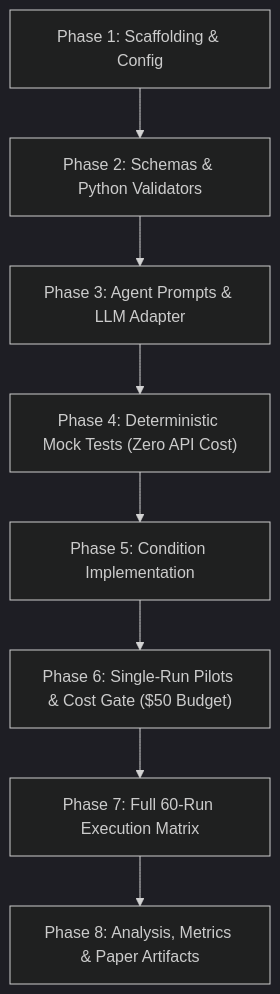
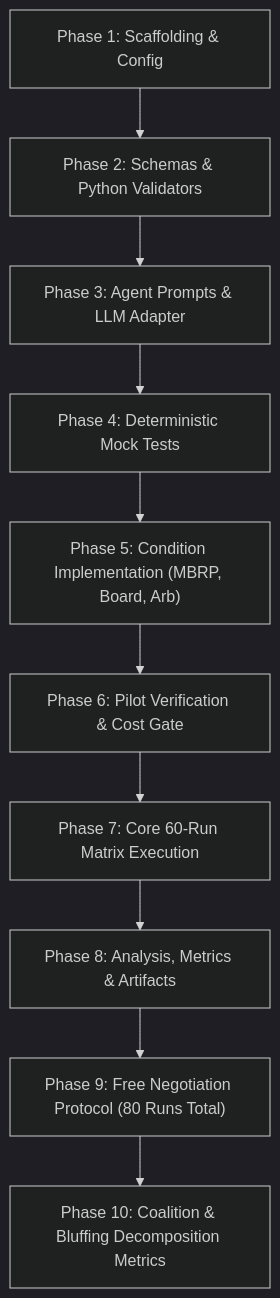
Before and after one commit to TigerGahalaut/multi-agent-conflicting-goals: the diagram in IMPLEMENTATION_PLAN.md, drawn with Mermaid (dark theme). The commit also changed other lines of this file and 37 other files, not shown here.

Commit message:
docs: updated IMPLEMENTATION_PLAN.md with Free Negotiation, 80-run scope, and coalition metrics

````diff
--- a/IMPLEMENTATION_PLAN.md
+++ b/IMPLEMENTATION_PLAN.md
@@ -239,10 +180,12 @@
 ```mermaid
 flowchart TD
     P1["Phase 1: Scaffolding & Config"] --> P2["Phase 2: Schemas & Python Validators"]
     P2 --> P3["Phase 3: Agent Prompts & LLM Adapter"]
-    P3 --> P4["Phase 4: Deterministic Mock Tests (Zero API Cost)"]
-    P4 --> P5["Phase 5: Condition Implementation"]
-    P5 --> P6["Phase 6: Single-Run Pilots & Cost Gate ($50 Budget)"]
-    P6 --> P7["Phase 7: Full 60-Run Execution Matrix"]
-    P7 --> P8["Phase 8: Analysis, Metrics & Paper Artifacts"]
+    P3 --> P4["Phase 4: Deterministic Mock Tests"]
+    P4 --> P5["Phase 5: Condition Implementation (MBRP, Board, Arb)"]
+    P5 --> P6["Phase 6: Pilot Verification & Cost Gate"]
+    P6 --> P7["Phase 7: Core 60-Run Matrix Execution"]
+    P7 --> P8["Phase 8: Analysis, Metrics & Artifacts"]
+    P8 --> P9["Phase 9: Free Negotiation Protocol (80 Runs Total)"]
+    P9 --> P10["Phase 10: Coalition & Bluffing Decomposition Metrics"]
 ```
````
